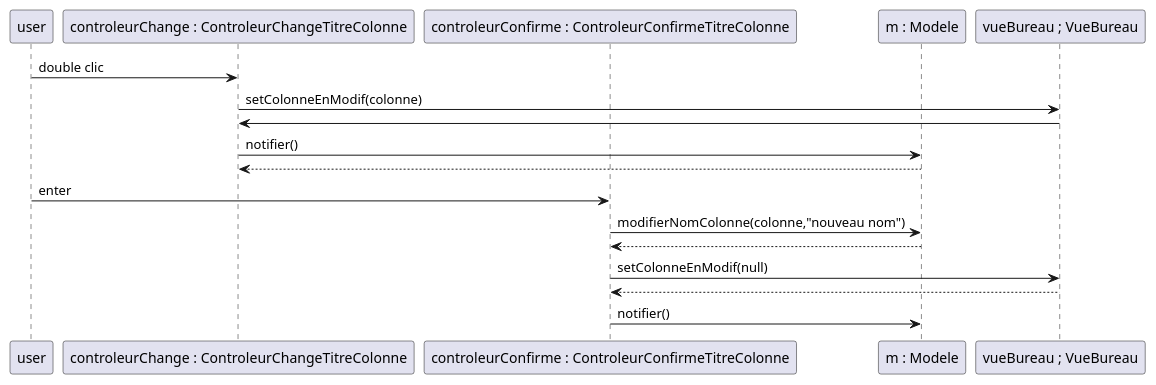
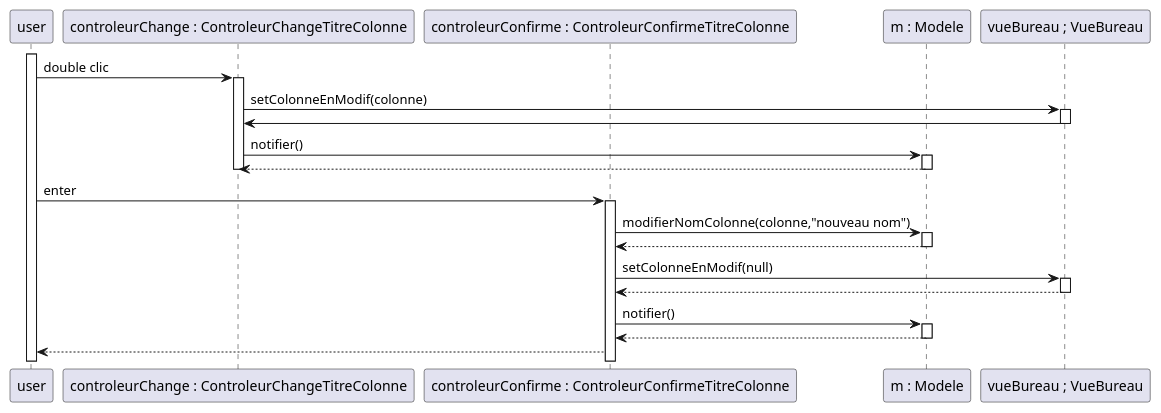
One commit to AlexanderCARNET/SAE_3_01_dev_application changed the diagram in Ollert_QDEV/diagrammes/iteration3/DiagrammeChangerNomColonneVueBureau.puml. Above: the diagram before and after it, drawn with PlantUML.

Commit message:
[UPDATE] coorection du diagramme de sequence du changement de nom d'une colonne

```diff
--- a/Ollert_QDEV/diagrammes/iteration3/DiagrammeChangerNomColonneVueBureau.puml
+++ b/Ollert_QDEV/diagrammes/iteration3/DiagrammeChangerNomColonneVueBureau.puml
@@ -1,24 +1,41 @@
 @startuml
 'https://plantuml.com/sequence-diagram
 
 participant user
 participant "controleurChange : ControleurChangeTitreColonne" as CChange
 participant "controleurConfirme : ControleurConfirmeTitreColonne" as CConfirme
 participant "m : Modele" as m
 participant "vueBureau ; VueBureau" as VB
 
+activate user
 user -> CChange : double clic
+activate CChange
 CChange -> VB : setColonneEnModif(colonne)
+activate VB
 VB -> CChange
+deactivate VB
 CChange -> m : notifier()
+activate m
 m --> CChange
+deactivate m
+deactivate CChange
+
 user -> CConfirme : enter
+
+activate CConfirme
 CConfirme -> m : modifierNomColonne(colonne,"nouveau nom")
+activate m
 m--> CConfirme
+deactivate m
 CConfirme -> VB : setColonneEnModif(null)
+activate VB
 VB --> CConfirme
+deactivate VB
 CConfirme -> m : notifier()
-
+activate m
+m--> CConfirme
+deactivate m
+CConfirme --> user
 
 
 @enduml
```
